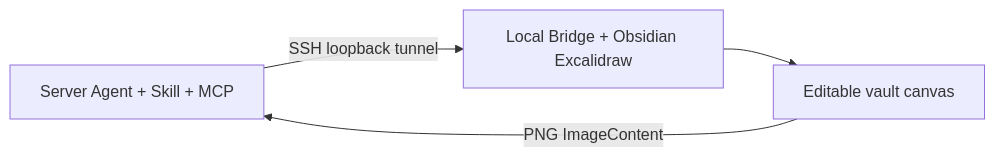
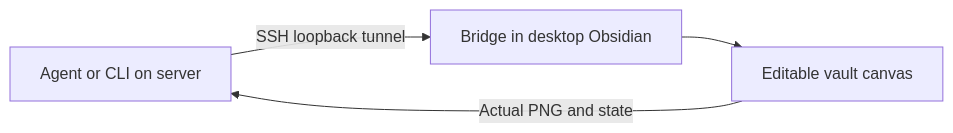
Before and after one commit to Bowen-0x00/obsidian-excalidraw-agent-skill: the diagram in README.md, drawn with Mermaid. The commit also changed other lines of this file and 52 other files, not shown here.

````diff
--- a/README.md
+++ b/README.md
@@ -44,6 +164,6 @@
 ```mermaid
 flowchart LR
-  A[Server Agent + Skill + MCP] -->|SSH loopback tunnel| B[Local Bridge + Obsidian Excalidraw]
+  A[Agent or CLI on server] -->|SSH loopback tunnel| B[Bridge in desktop Obsidian]
   B --> C[Editable vault canvas]
-  C -->|PNG ImageContent| A
+  C -->|Actual PNG and state| A
 ```
````
